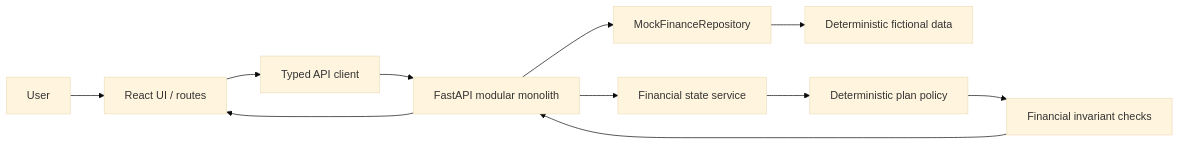
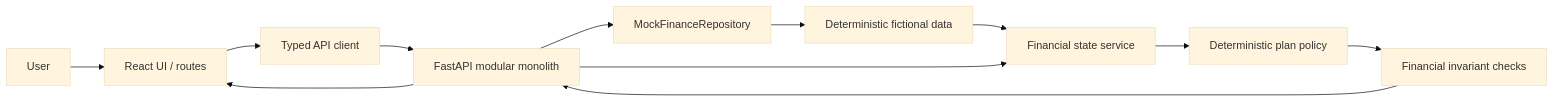
Before and after one commit to Fraqkma/KBTG-FinancialSolver: the first of 2 diagrams in docs/ARCHITECTURE.md, drawn with Mermaid (base theme). The commit also changed other lines of this file and 18 other files, not shown here.

````diff
--- a/docs/ARCHITECTURE.md
+++ b/docs/ARCHITECTURE.md
@@ -5,13 +7,14 @@
 ```mermaid
 flowchart LR
   User --> Web[React UI / routes]
   Web --> Client[Typed API client]
   Client --> API[FastAPI modular monolith]
   API --> Repo[MockFinanceRepository]
   Repo --> Data[Deterministic fictional data]
+  Data --> State
   API --> State[Financial state service]
   State --> Rules[Deterministic plan policy]
   Rules --> Validate[Financial invariant checks]
   Validate --> API
   API --> Web
 ```
````
